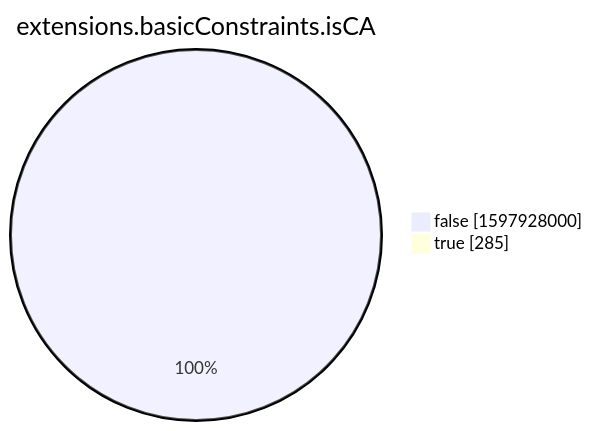
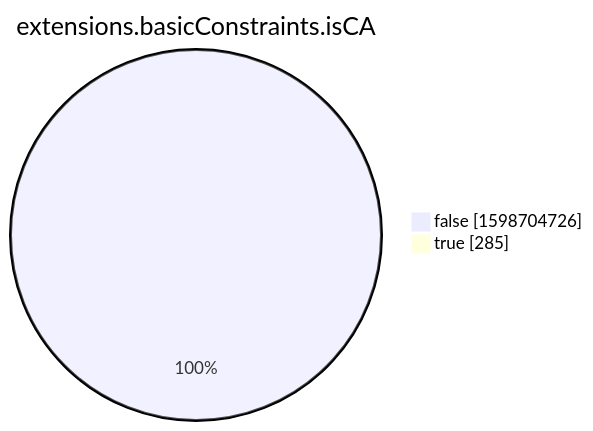
The eighth of 15 diagrams in xenon2022/README.md (christiankrug/ctmonitor_visualization), drawn with Mermaid before and after one commit. The commit also changed other lines of this file, not shown here.

````diff
--- a/xenon2022/README.md
+++ b/xenon2022/README.md
@@ -2862,6 +2862,6 @@
 ```mermaid
 pie showData
 title extensions.basicConstraints.isCA
-"false" :1597928000
+"false" :1598704726
 "true" :285
 ```
````
